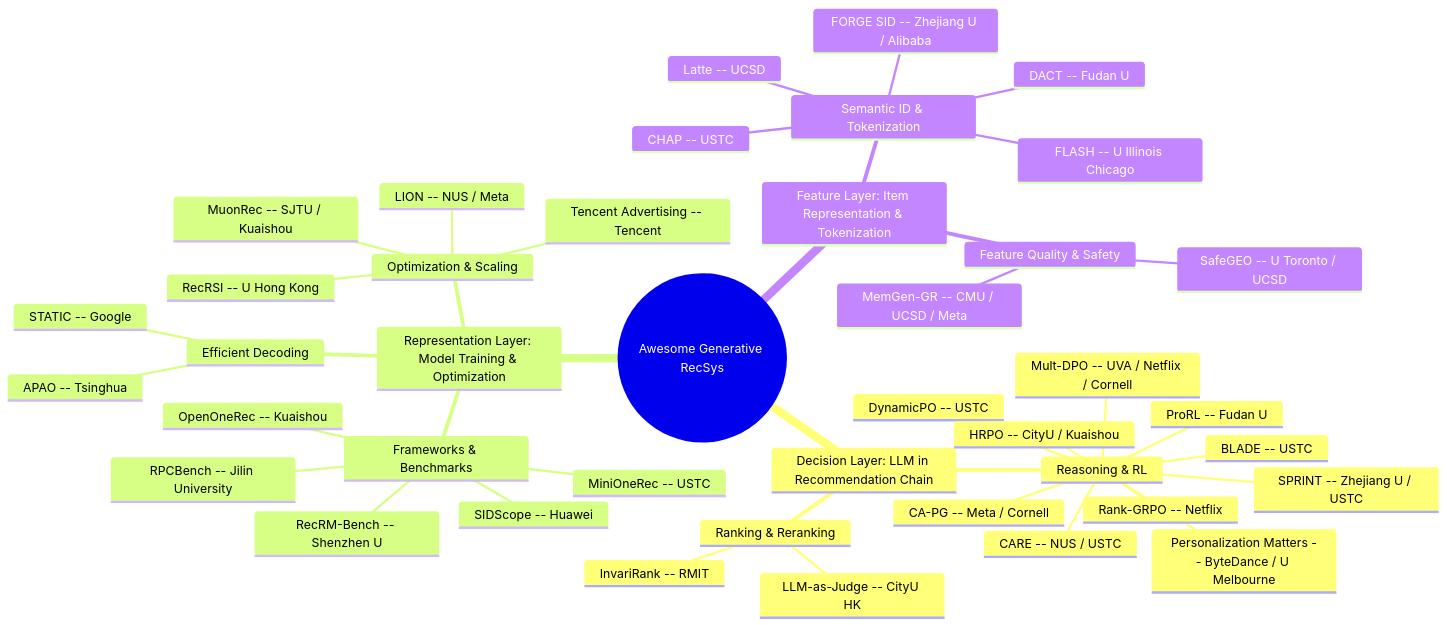
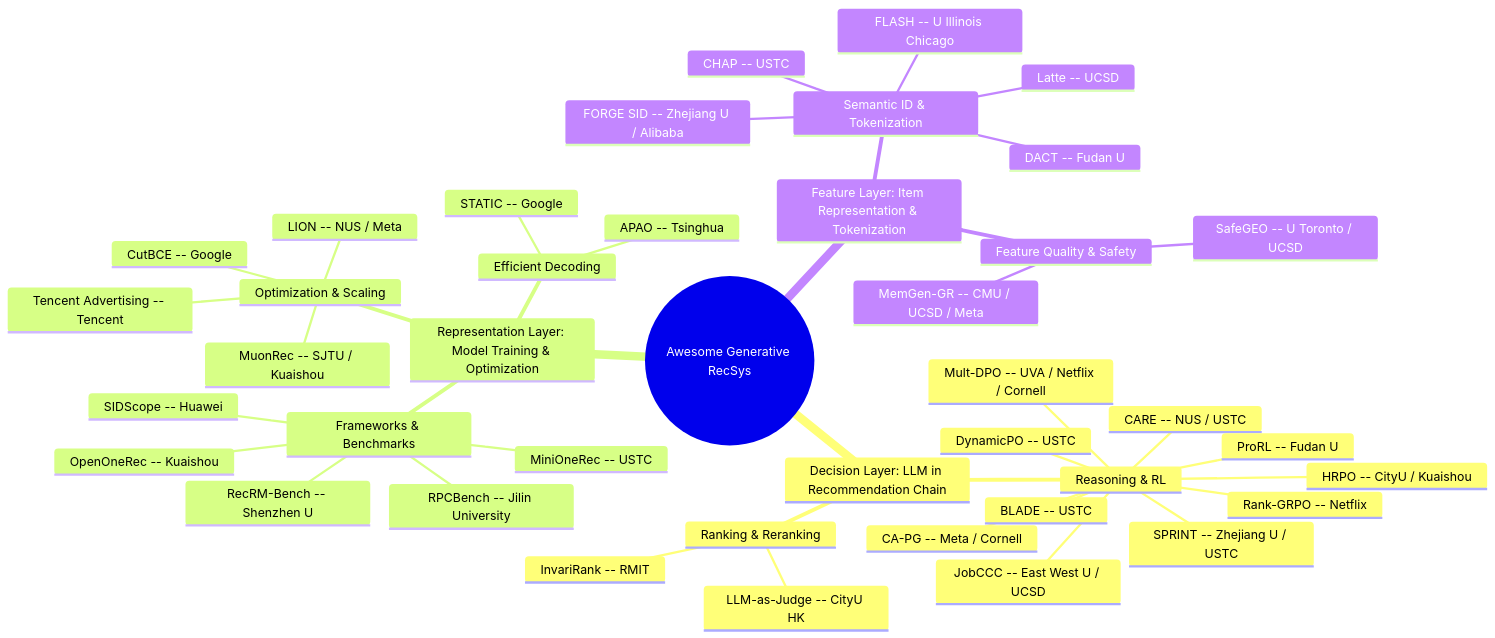
The diagram in README.md (HaFred/awesome-generative-recsys), drawn with Mermaid before and after one commit. The commit also changed other lines of this file and 3 other files, not shown here.

Commit message:
Add 7 generative-recsys papers (Oct 11): Seeing the Context, OpticalRec, JobCCC, CutBCE, TIDE, LIFT, Textual User Taste; archive Oct 01; By-Opensource count 205->207

````diff
--- a/README.md
+++ b/README.md
@@ -30,44 +30,44 @@
 ```mermaid
 mindmap
   root((Awesome Generative RecSys))
     Decision Layer: LLM in Recommendation Chain
       Reasoning & RL
         Rank-GRPO -- Netflix
         DynamicPO -- USTC
         BLADE -- USTC
         SPRINT -- Zhejiang U / USTC
         CARE -- NUS / USTC
         HRPO -- CityU / Kuaishou
         Mult-DPO -- UVA / Netflix / Cornell
         CA-PG -- Meta / Cornell
         ProRL -- Fudan U
-        Personalization Matters -- ByteDance / U Melbourne
+        JobCCC -- East West U / UCSD
       Ranking & Reranking
         InvariRank -- RMIT
         LLM-as-Judge -- CityU HK
     Representation Layer: Model Training & Optimization
       Frameworks & Benchmarks
         MiniOneRec -- USTC
         OpenOneRec -- Kuaishou
         RecRM-Bench -- Shenzhen U
         SIDScope -- Huawei
         RPCBench -- Jilin University
       Efficient Decoding
         STATIC -- Google
         APAO -- Tsinghua
       Optimization & Scaling
         MuonRec -- SJTU / Kuaishou
         Tencent Advertising -- Tencent
         LION -- NUS / Meta
-        RecRSI -- U Hong Kong
+        CutBCE -- Google
     Feature Layer: Item Representation & Tokenization
       Semantic ID & Tokenization
         Latte -- UCSD
         FORGE SID -- Zhejiang U / Alibaba
         DACT -- Fudan U
         CHAP -- USTC
         FLASH -- U Illinois Chicago
       Feature Quality & Safety
         SafeGEO -- U Toronto / UCSD
         MemGen-GR -- CMU / UCSD / Meta
 ```
````
